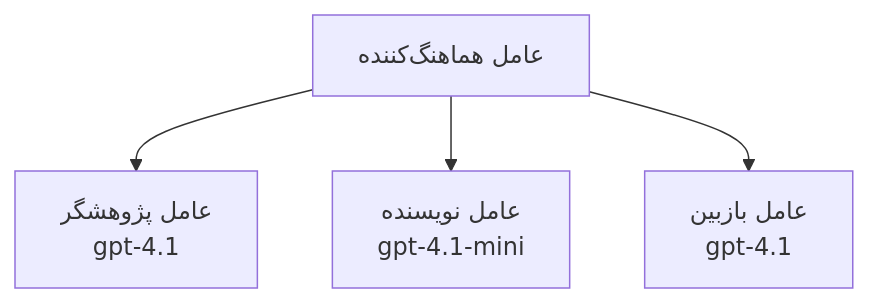
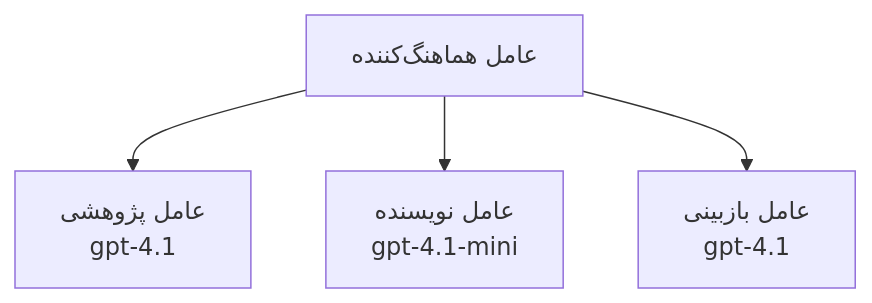
Before and after one commit to microsoft/AZD-for-beginners: the third of 3 diagrams in translations/fa/docs/chapter-02-ai-development/agents.md, drawn with Mermaid. The commit also changed other lines of this file and 101 other files, not shown here.

````diff
--- a/translations/fa/docs/chapter-02-ai-development/agents.md
+++ b/translations/fa/docs/chapter-02-ai-development/agents.md
@@ -189,6 +194,6 @@
 ```mermaid
 graph TD
-    Orchestrator[عامل هماهنگ‌کننده] --> Research[عامل پژوهشگر<br/>gpt-4.1]
+    Orchestrator[عامل هماهنگ‌کننده] --> Research[عامل پژوهشی<br/>gpt-4.1]
     Orchestrator --> Writer[عامل نویسنده<br/>gpt-4.1-mini]
-    Orchestrator --> Reviewer[عامل بازبین<br/>gpt-4.1]
+    Orchestrator --> Reviewer[عامل بازبینی<br/>gpt-4.1]
 ```
````
